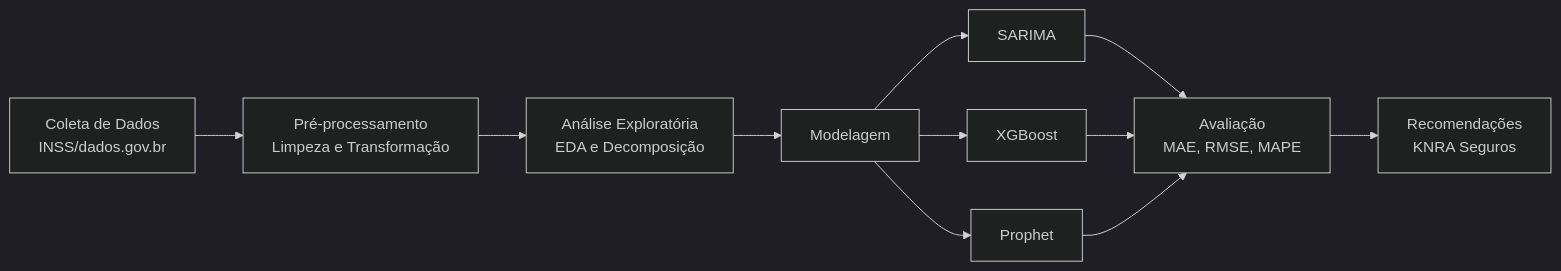
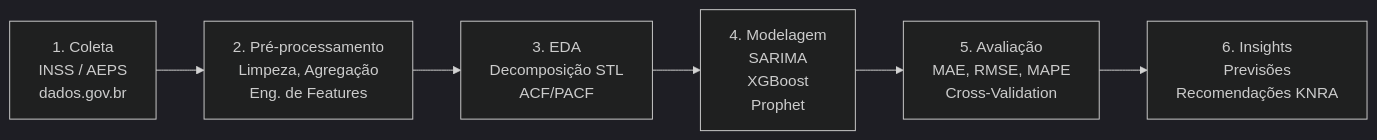
Before and after one commit to estrelasdomackenzie/Projeto_Aplicado_IV_Tecnologia_em_Ciencia_de_Dados: the diagram in README.md, drawn with Mermaid (dark theme). The commit also changed other lines of this file, not shown here.

````diff
--- a/README.md
+++ b/README.md
@@ -92,13 +92,8 @@
 ```mermaid
 graph LR
-    A[Coleta de Dados<br>INSS/dados.gov.br] --> B[Pré-processamento<br>Limpeza e Transformação]
-    B --> C[Análise Exploratória<br>EDA e Decomposição]
-    C --> D[Modelagem]
-    D --> E[SARIMA]
-    D --> F[XGBoost]
-    D --> G[Prophet]
-    E --> H[Avaliação<br>MAE, RMSE, MAPE]
-    F --> H
-    G --> H
-    H --> I[Recomendações<br>KNRA Seguros]
+    A["1. Coleta<br>INSS / AEPS<br>dados.gov.br"] --> B["2. Pré-processamento<br>Limpeza, Agregação<br>Eng. de Features"]
+    B --> C["3. EDA<br>Decomposição STL<br>ACF/PACF"]
+    C --> D["4. Modelagem<br>SARIMA<br>XGBoost<br>Prophet"]
+    D --> E["5. Avaliação<br>MAE, RMSE, MAPE<br>Cross-Validation"]
+    E --> F["6. Insights<br>Previsões<br>Recomendações KNRA"]
 ```
````
